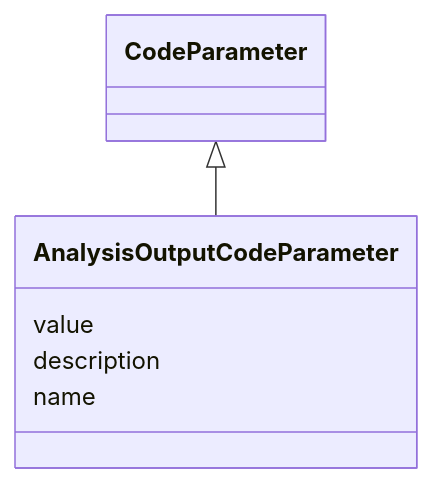
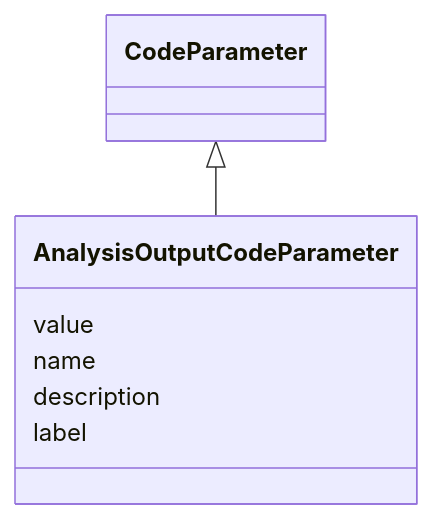
Before and after one commit to cdisc-org/analysis-results-standard: the diagram in project/docs/AnalysisOutputCodeParameter.md, drawn with Mermaid. The commit also changed other lines of this file and 132 other files, not shown here.

````diff
--- a/project/docs/AnalysisOutputCodeParameter.md
+++ b/project/docs/AnalysisOutputCodeParameter.md
@@ -13,10 +13,11 @@
 ```mermaid
  classDiagram
     class AnalysisOutputCodeParameter
       CodeParameter <|-- AnalysisOutputCodeParameter
 
       AnalysisOutputCodeParameter : value
+        AnalysisOutputCodeParameter : name
         AnalysisOutputCodeParameter : description
-        AnalysisOutputCodeParameter : name
+        AnalysisOutputCodeParameter : label
         
 ```
````
